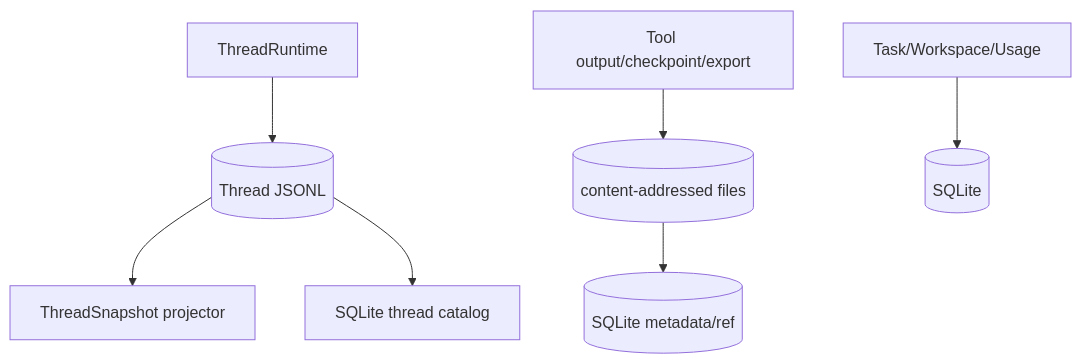
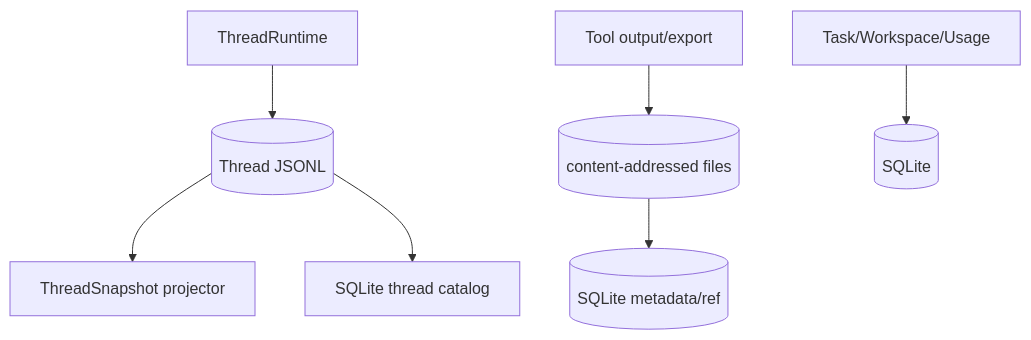
One commit to LunaY77/ello changed the diagram in docs/storage/README.md. Above: the diagram before and after it, drawn with Mermaid. The commit also changed other lines of this file and 454 other files, not shown here.

````diff
--- a/docs/storage/README.md
+++ b/docs/storage/README.md
@@ -5,9 +5,9 @@
 ```mermaid
 flowchart TD
   Runtime[ThreadRuntime] --> JSONL[(Thread JSONL)]
   JSONL --> Projector[ThreadSnapshot projector]
   JSONL --> Catalog[SQLite thread catalog]
-  Tools[Tool output/checkpoint/export] --> Artifacts[(content-addressed files)]
+  Tools[Tool output/export] --> Artifacts[(content-addressed files)]
   Artifacts --> ArtifactMeta[(SQLite metadata/ref)]
   Product[Task/Workspace/Usage] --> SQLite[(SQLite)]
 ```
````
